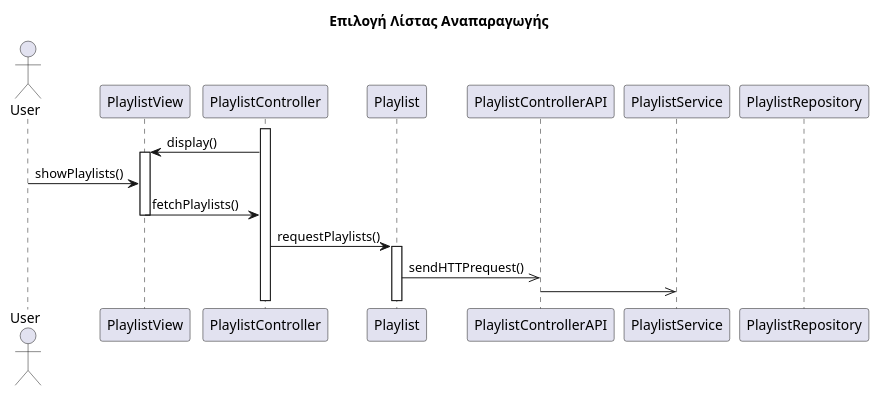
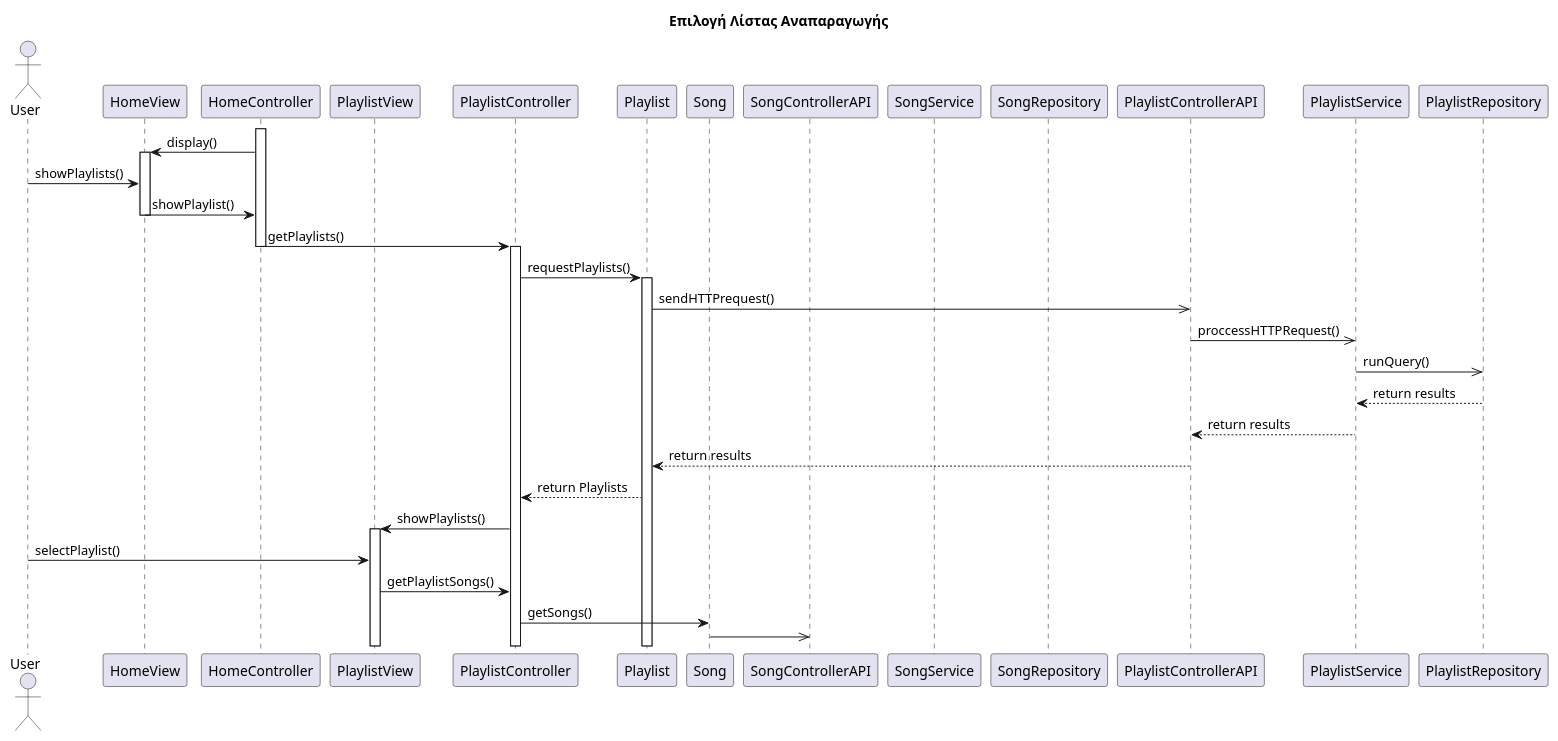
Before and after one commit to RubenKingCP/Tunix: the diagram in Paradoteo_2/SequenceDiagram1.puml, drawn with PlantUML. The commit also changed 1 other file, not shown here.

Commit message:
Finished first Sequence Diagram for happy path and made more changes to Domain Model

```diff
--- a/Paradoteo_2/SequenceDiagram1.puml
+++ b/Paradoteo_2/SequenceDiagram1.puml
@@ -1,25 +1,45 @@
 @startuml name
 
 title  Επιλογή Λίστας Αναπαραγωγής
 
 actor User
-
+participant HomeView
+participant HomeController
 participant PlaylistView
 participant PlaylistController
 participant Playlist
+participant Song
+participant SongControllerAPI
+participant SongService
+participant SongRepository
 participant PlaylistControllerAPI
 participant PlaylistService
 participant PlaylistRepository
+activate HomeController
+HomeController -> HomeView : display()
+activate HomeView
+User -> HomeView : showPlaylists()
+HomeView -> HomeController : showPlaylist()
+deactivate HomeView
+HomeController -> PlaylistController : getPlaylists()
+deactivate HomeController
+activate PlaylistController
 
-activate PlaylistController
-PlaylistController -> PlaylistView : display()
-activate PlaylistView
-User -> PlaylistView : showPlaylists()
-PlaylistView -> PlaylistController : fetchPlaylists()
-deactivate PlaylistView
 PlaylistController -> Playlist : requestPlaylists()
 activate Playlist
 Playlist ->> PlaylistControllerAPI : sendHTTPrequest()
-PlaylistControllerAPI ->> PlaylistService : 
+PlaylistControllerAPI ->> PlaylistService : proccessHTTPRequest()
+PlaylistService ->> PlaylistRepository : runQuery()
+PlaylistRepository --> PlaylistService : return results
+PlaylistService --> PlaylistControllerAPI : return results
+PlaylistControllerAPI --> Playlist : return results
+Playlist --> PlaylistController : return Playlists
+PlaylistController -> PlaylistView : showPlaylists()
+activate PlaylistView
+User -> PlaylistView : selectPlaylist()
+PlaylistView -> PlaylistController : getPlaylistSongs()
+PlaylistController -> Song : getSongs()
+Song ->> SongControllerAPI : 
+
 
 @enduml
```
